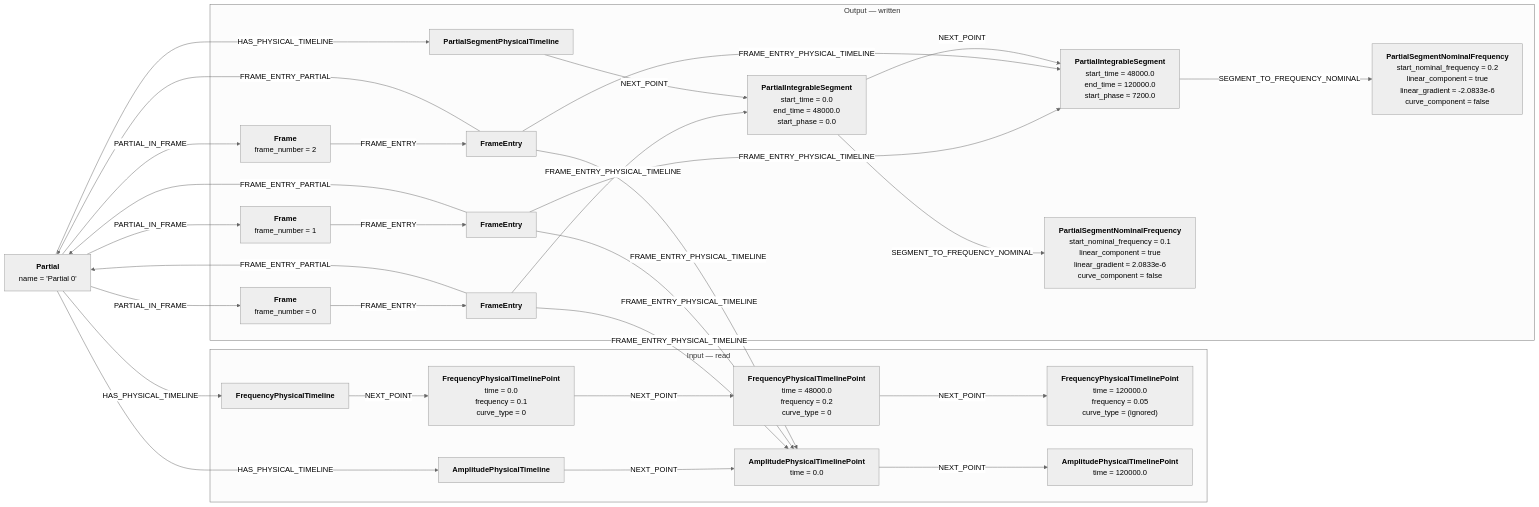
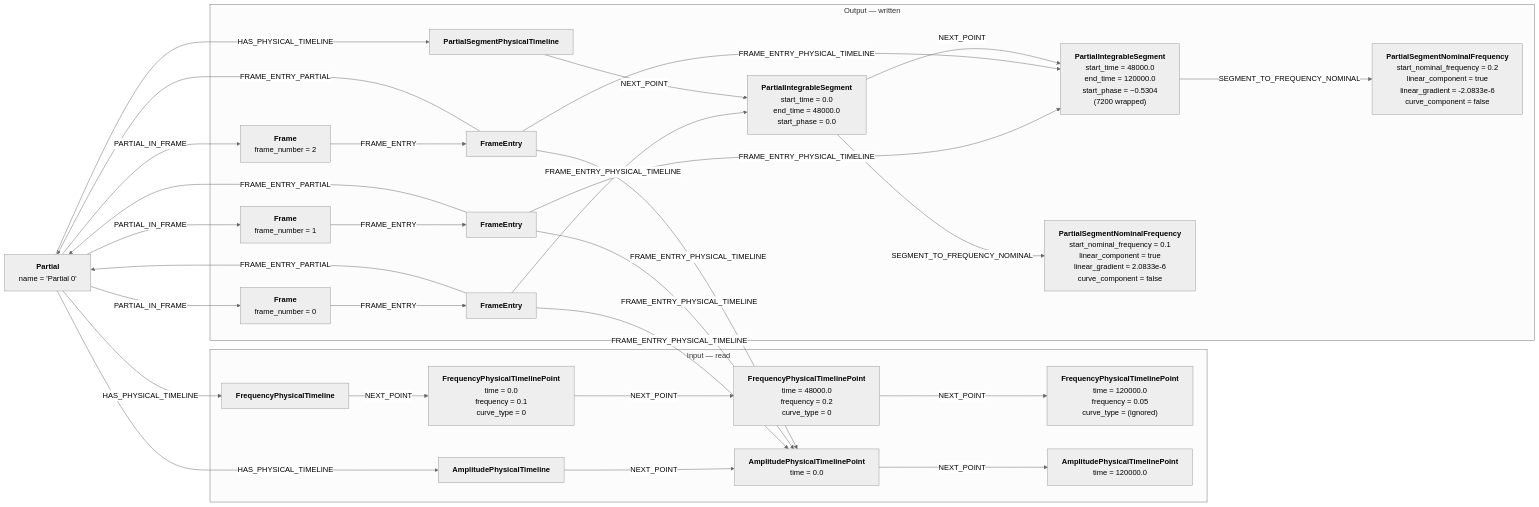
The first of 4 diagrams in rendering-engine/docs/precomputation.md (broadya/RAINBOHz), drawn with Mermaid (neutral theme) before and after one commit. The commit also changed other lines of this file and 15 other files, not shown here.

First line of the commit message:
Keep phase local to each segment and cap the kernel's phase step

````diff
--- a/rendering-engine/docs/precomputation.md
+++ b/rendering-engine/docs/precomputation.md
@@ -229,52 +234,52 @@
 ```mermaid
 flowchart LR
     P["<b>Partial</b><br/>name = 'Partial 0'"]
 
     subgraph input ["Input — read"]
         FT["<b>FrequencyPhysicalTimeline</b>"]
         FP0["<b>FrequencyPhysicalTimelinePoint</b><br/>time = 0.0<br/>frequency = 0.1<br/>curve_type = 0"]
         FP1["<b>FrequencyPhysicalTimelinePoint</b><br/>time = 48000.0<br/>frequency = 0.2<br/>curve_type = 0"]
         FP2["<b>FrequencyPhysicalTimelinePoint</b><br/>time = 120000.0<br/>frequency = 0.05<br/>curve_type = (ignored)"]
         FT -- NEXT_POINT --> FP0 -- NEXT_POINT --> FP1 -- NEXT_POINT --> FP2
         AT["<b>AmplitudePhysicalTimeline</b>"]
         AP0["<b>AmplitudePhysicalTimelinePoint</b><br/>time = 0.0"]
         AP1["<b>AmplitudePhysicalTimelinePoint</b><br/>time = 120000.0"]
         AT -- NEXT_POINT --> AP0 -- NEXT_POINT --> AP1
     end
 
     subgraph output ["Output — written"]
         ST["<b>PartialSegmentPhysicalTimeline</b>"]
         S0["<b>PartialIntegrableSegment</b><br/>start_time = 0.0<br/>end_time = 48000.0<br/>start_phase = 0.0"]
-        S1["<b>PartialIntegrableSegment</b><br/>start_time = 48000.0<br/>end_time = 120000.0<br/>start_phase ≈ 7200.0"]
+        S1["<b>PartialIntegrableSegment</b><br/>start_time = 48000.0<br/>end_time = 120000.0<br/>start_phase ≈ −0.5304<br/>(7200 wrapped)"]
         N0["<b>PartialSegmentNominalFrequency</b><br/>start_nominal_frequency = 0.1<br/>linear_component = true<br/>linear_gradient ≈ 2.0833e-6<br/>curve_component = false"]
         N1["<b>PartialSegmentNominalFrequency</b><br/>start_nominal_frequency = 0.2<br/>linear_component = true<br/>linear_gradient ≈ -2.0833e-6<br/>curve_component = false"]
         F0["<b>Frame</b><br/>frame_number = 0"]
         F1["<b>Frame</b><br/>frame_number = 1"]
         F2["<b>Frame</b><br/>frame_number = 2"]
         E0["<b>FrameEntry</b>"]
         E1["<b>FrameEntry</b>"]
         E2["<b>FrameEntry</b>"]
         F0 -- FRAME_ENTRY --> E0
         F1 -- FRAME_ENTRY --> E1
         F2 -- FRAME_ENTRY --> E2
         E0 -- FRAME_ENTRY_PHYSICAL_TIMELINE --> S0
         E1 -- FRAME_ENTRY_PHYSICAL_TIMELINE --> S1
         E2 -- FRAME_ENTRY_PHYSICAL_TIMELINE --> S1
         ST -- NEXT_POINT --> S0 -- NEXT_POINT --> S1
         S0 -- SEGMENT_TO_FREQUENCY_NOMINAL --> N0
         S1 -- SEGMENT_TO_FREQUENCY_NOMINAL --> N1
     end
 
     P -- HAS_PHYSICAL_TIMELINE --> FT
     P -- HAS_PHYSICAL_TIMELINE --> AT
     P -- HAS_PHYSICAL_TIMELINE --> ST
     P -- PARTIAL_IN_FRAME --> F0
     P -- PARTIAL_IN_FRAME --> F1
     P -- PARTIAL_IN_FRAME --> F2
     E0 -- FRAME_ENTRY_PARTIAL --> P
     E1 -- FRAME_ENTRY_PARTIAL --> P
     E2 -- FRAME_ENTRY_PARTIAL --> P
     E0 -- FRAME_ENTRY_PHYSICAL_TIMELINE --> AP0
     E1 -- FRAME_ENTRY_PHYSICAL_TIMELINE --> AP0
     E2 -- FRAME_ENTRY_PHYSICAL_TIMELINE --> AP0
 ```
````
